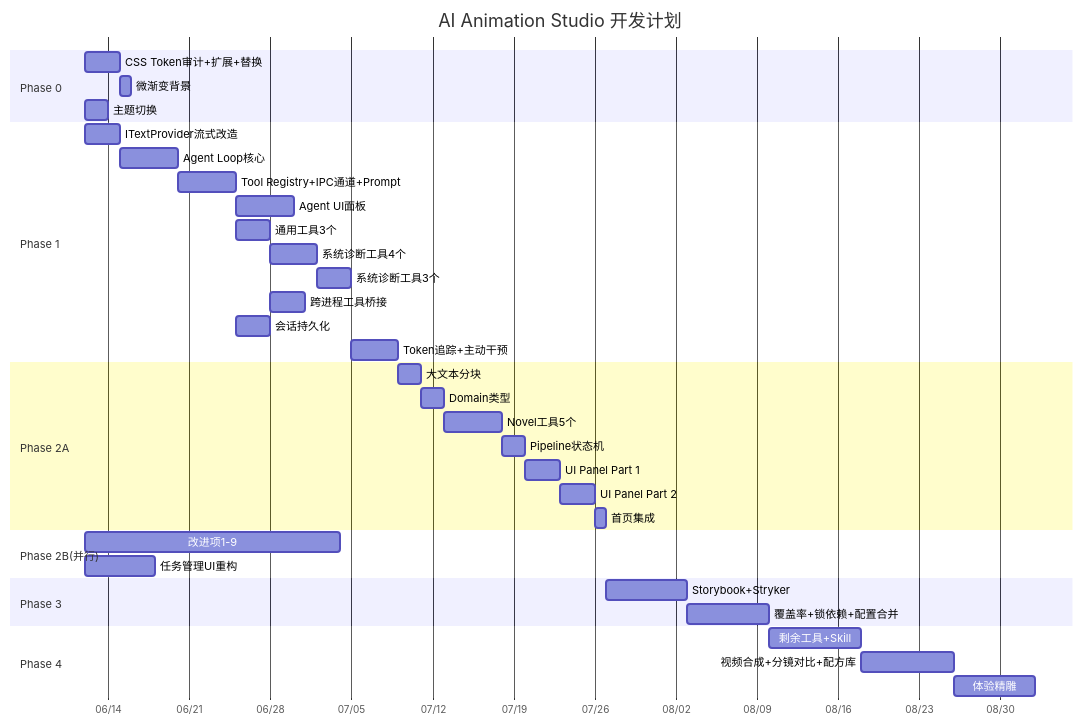
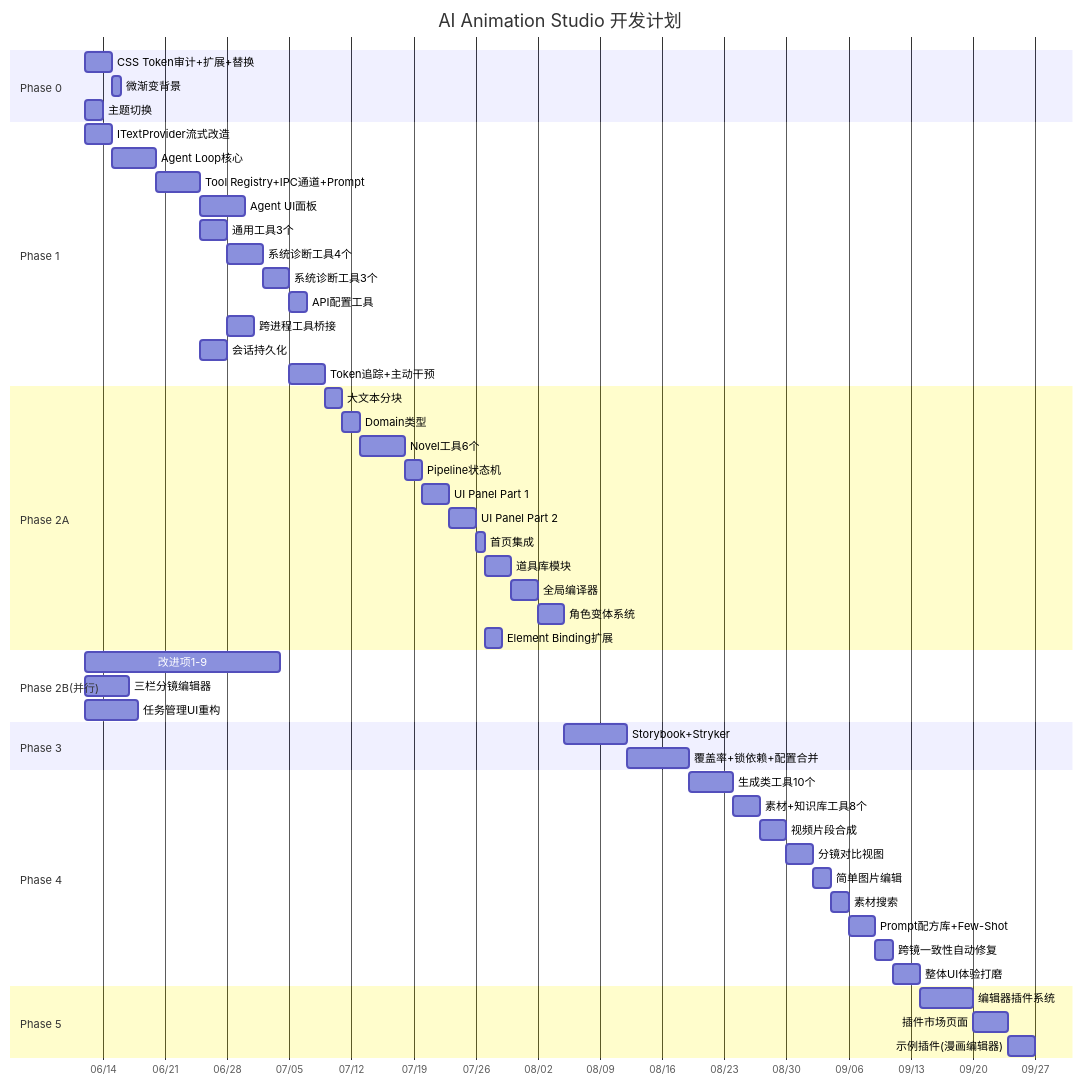
The diagram in docs/development-plan.md (ph2-5/PrismCraft), drawn with Mermaid before and after one commit. The commit also changed other lines of this file and 33 other files, not shown here.

````diff
--- a/docs/development-plan.md
+++ b/docs/development-plan.md
@@ -143,45 +164,62 @@
 ```mermaid
 gantt
     title AI Animation Studio 开发计划
     dateFormat  YYYY-MM-DD
     axisFormat  %m/%d
 
     section Phase 0
     CSS Token审计+扩展+替换 :p0a, 2026-06-12, 3d
     微渐变背景 :p0b, after p0a, 1d
     主题切换 :p0c, 2026-06-12, 2d
 
     section Phase 1
     ITextProvider流式改造 :p1_0, 2026-06-12, 3d
     Agent Loop核心 :p1_1, after p1_0, 5d
     Tool Registry+IPC通道+Prompt :p1_2, after p1_1, 5d
     Agent UI面板 :p1_5, after p1_2, 5d
     通用工具3个 :p1_6a, after p1_2, 3d
     系统诊断工具4个 :p1_6b, after p1_6a, 4d
     系统诊断工具3个 :p1_6c, after p1_6b, 3d
+    API配置工具 :p1_api, after p1_6c, 2d
     跨进程工具桥接 :p1_7, after p1_6a, 3d
     会话持久化 :p1_8, after p1_2, 3d
     Token追踪+主动干预 :p1_9, after p1_6c, 4d
 
     section Phase 2A
     大文本分块 :p2a0, after p1_9, 2d
     Domain类型 :p2a1, after p2a0, 2d
-    Novel工具5个 :p2a2, after p2a1, 5d
+    Novel工具6个 :p2a2, after p2a1, 5d
     Pipeline状态机 :p2a3, after p2a2, 2d
     UI Panel Part 1 :p2a4, after p2a3, 3d
     UI Panel Part 2 :p2a5, after p2a4, 3d
     首页集成 :p2a6, after p2a5, 1d
+    道具库模块 :p2a8, after p2a6, 3d
+    全局编译器 :p2a9, after p2a8, 3d
+    角色变体系统 :p2a10, after p2a9, 3d
+    Element Binding扩展 :p2a11, after p2a6, 2d
 
     section Phase 2B(并行)
     改进项1-9 :p2b_1, 2026-06-12, 22d
+    三栏分镜编辑器 :p2b11, 2026-06-12, 5d
     任务管理UI重构 :p2b10, 2026-06-12, 6d
 
     section Phase 3
-    Storybook+Stryker :p3a, after p2a6, 7d
+    Storybook+Stryker :p3a, after p2a10, 7d
     覆盖率+锁依赖+配置合并 :p3b, after p3a, 7d
 
     section Phase 4
-    剩余工具+Skill :p4a, after p3b, 8d
-    视频合成+分镜对比+配方库 :p4b, after p4a, 8d
-    体验精雕 :p4c, after p4b, 7d
+    生成类工具10个 :p4a1, after p3b, 5d
+    素材+知识库工具8个 :p4a2, after p4a1, 3d
+    视频片段合成 :p4b1, after p4a2, 3d
+    分镜对比视图 :p4b2, after p4b1, 3d
+    简单图片编辑 :p4c1, after p4b2, 2d
+    素材搜索 :p4c2, after p4c1, 2d
+    Prompt配方库+Few-Shot :p4d1, after p4c2, 3d
+    跨镜一致性自动修复 :p4d2, after p4d1, 2d
+    整体UI体验打磨 :p4d3, after p4d2, 3d
+
+    section Phase 5
+    编辑器插件系统 :p5a, after p4d3, 6d
+    插件市场页面 :p5b, after p5a, 4d
+    示例插件(漫画编辑器) :p5c, after p5b, 3d
 ```
````
